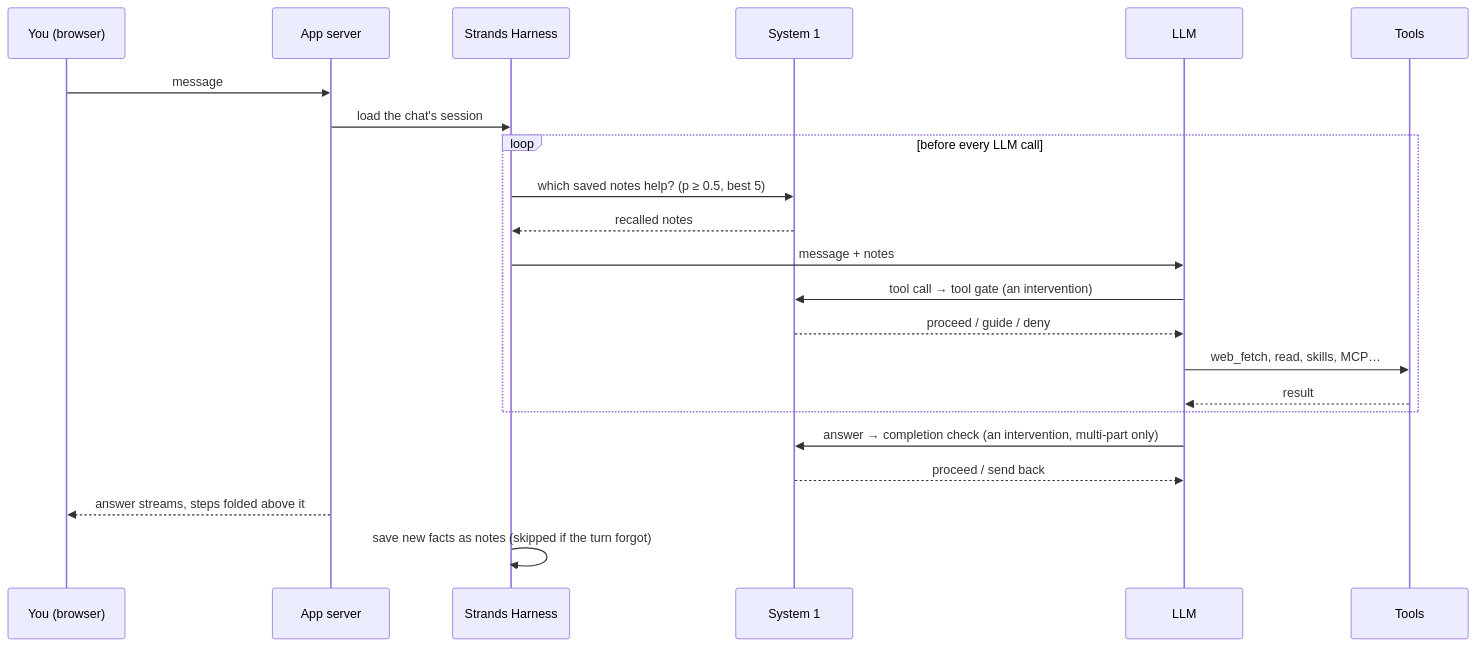
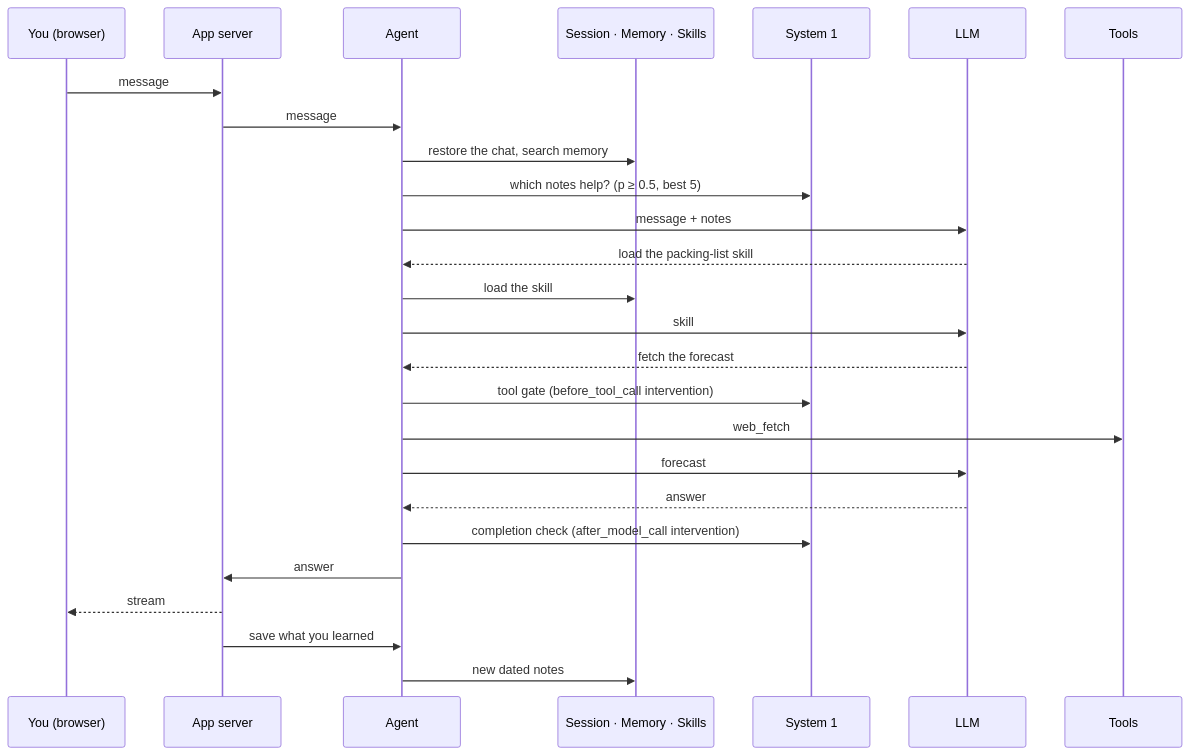
One commit to syedair/strands-harness-labs changed the diagram in README.md. Above: the diagram before and after it, drawn with Mermaid. The commit also changed 3 other files, not shown here.

Commit message:
Lab 11: architecture walkthrough centres on the Agent; every step starts where the last one ended

````diff
--- a/README.md
+++ b/README.md
@@ -180,24 +180,28 @@
 ```mermaid
 sequenceDiagram
     participant U as You (browser)
     participant S as App server
-    participant H as Strands Harness
+    participant A as Agent
+    participant H as Session · Memory · Skills
     participant S1 as System 1
     participant L as LLM
     participant T as Tools
     U->>S: message
-    S->>H: load the chat's session
-    loop before every LLM call
-        H->>S1: which saved notes help? (p ≥ 0.5, best 5)
-        S1-->>H: recalled notes
-        H->>L: message + notes
-        L->>S1: tool call → tool gate (an intervention)
-        S1-->>L: proceed / guide / deny
-        L->>T: web_fetch, read, skills, MCP…
-        T-->>L: result
-    end
-    L->>S1: answer → completion check (an intervention, multi-part only)
-    S1-->>L: proceed / send back
-    S-->>U: answer streams, steps folded above it
-    H->>H: save new facts as notes (skipped if the turn forgot)
+    S->>A: message
+    A->>H: restore the chat, search memory
+    A->>S1: which notes help? (p ≥ 0.5, best 5)
+    A->>L: message + notes
+    L-->>A: load the packing-list skill
+    A->>H: load the skill
+    A->>L: skill
+    L-->>A: fetch the forecast
+    A->>S1: tool gate (before_tool_call intervention)
+    A->>T: web_fetch
+    A->>L: forecast
+    L-->>A: answer
+    A->>S1: completion check (after_model_call intervention)
+    A->>S: answer
+    S-->>U: stream
+    S->>A: save what you learned
+    A->>H: new dated notes
 ```
````
